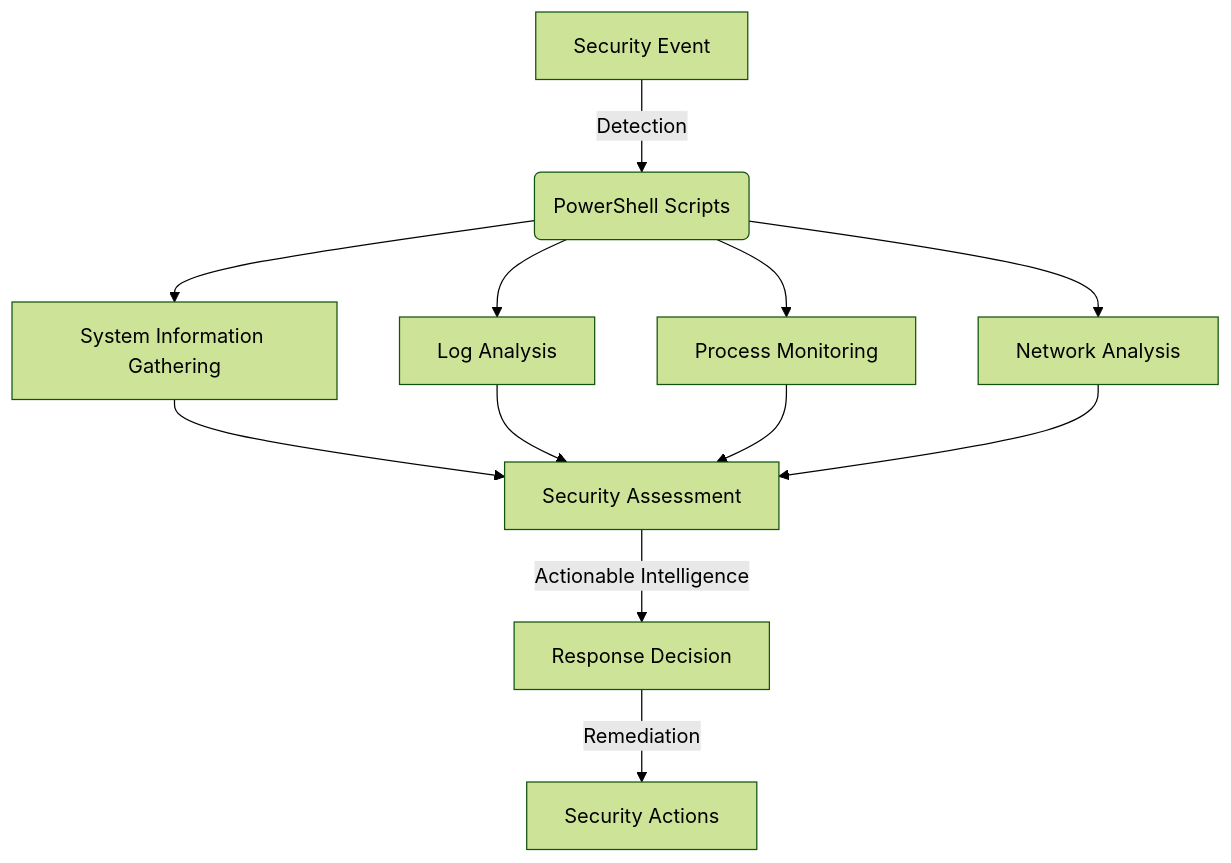
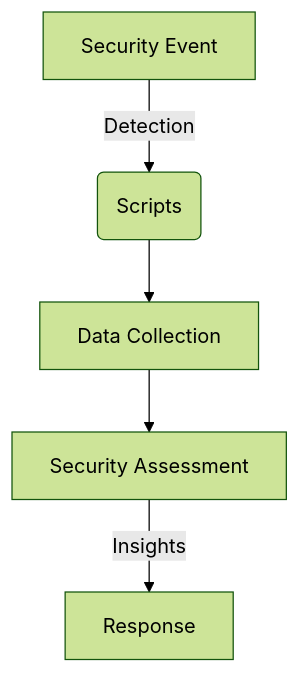
One commit to lucchesi-sec/cybersec-projects changed the diagram in powershell-automation/README.md. Above: the diagram before and after it, drawn with Mermaid (forest theme). The commit also changed 5 other files, not shown here.

Commit message:
docs: simplify mermaid diagrams for better readability

````diff
--- a/powershell-automation/README.md
+++ b/powershell-automation/README.md
@@ -16,14 +16,7 @@
 ```mermaid
 graph TD
-    A[Security Event] -->|Detection| B(PowerShell Scripts)
-    B --> C[System Information Gathering]
-    B --> D[Log Analysis]
-    B --> E[Process Monitoring]
-    B --> F[Network Analysis]
-    C --> G[Security Assessment]
-    D --> G
-    E --> G
-    F --> G
-    G -->|Actionable Intelligence| H[Response Decision]
-    H -->|Remediation| I[Security Actions]
+    A[Security Event] -->|"Detection"| B(Scripts)
+    B --> C[Data Collection]
+    C --> D[Security Assessment]
+    D -->|"Insights"| E[Response]
 ```
````
